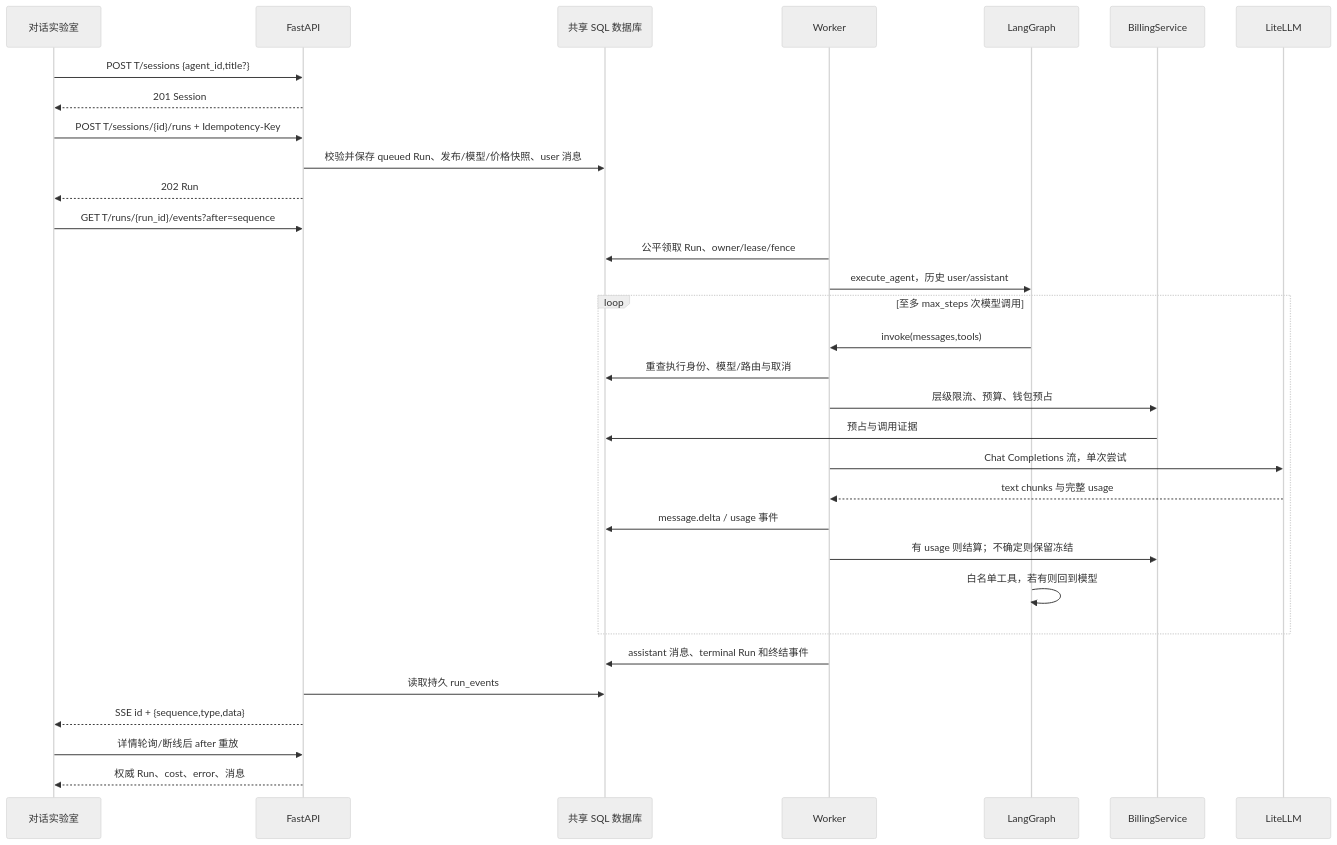
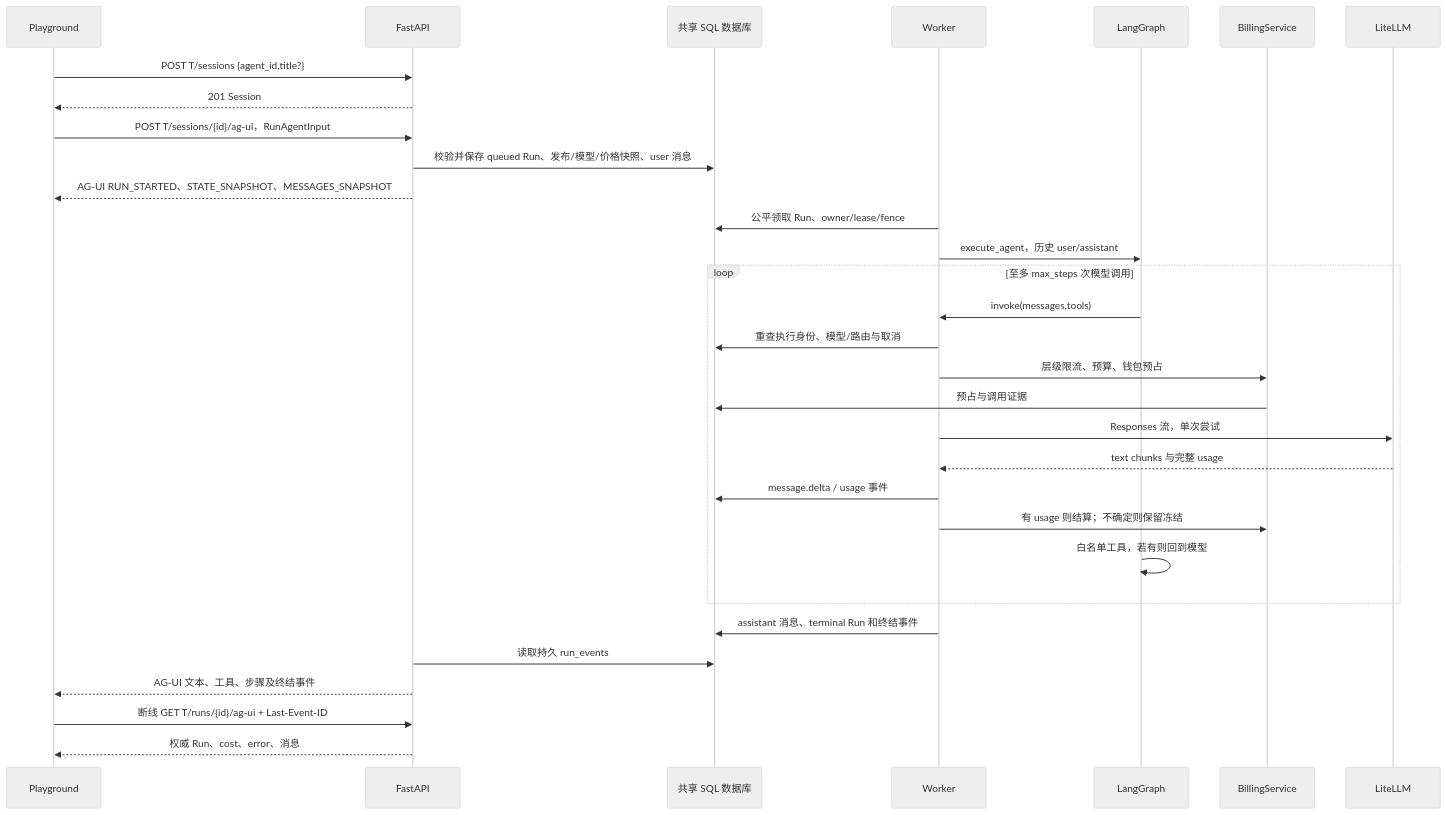
Before and after one commit to GHjiejie/Z: the third of 5 diagrams in agent_platform/docs/frontend-functional-spec.md, drawn with Mermaid (neutral theme). The commit also changed other lines of this file and 54 other files, not shown here.

First line of the commit message:
feat(agent-platform): adopt AG-UI and refresh Playground

````diff
--- a/agent_platform/docs/frontend-functional-spec.md
+++ b/agent_platform/docs/frontend-functional-spec.md
@@ -126,34 +126,33 @@
 ```mermaid
 sequenceDiagram
-    participant UI as 对话实验室
+    participant UI as Playground
     participant API as FastAPI
     participant DB as 共享 SQL 数据库
     participant W as Worker
     participant G as LangGraph
     participant B as BillingService
     participant L as LiteLLM
     UI->>API: POST T/sessions {agent_id,title?}
     API-->>UI: 201 Session
-    UI->>API: POST T/sessions/{id}/runs + Idempotency-Key
+    UI->>API: POST T/sessions/{id}/ag-ui，RunAgentInput
     API->>DB: 校验并保存 queued Run、发布/模型/价格快照、user 消息
-    API-->>UI: 202 Run
-    UI->>API: GET T/runs/{run_id}/events?after=sequence
+    API-->>UI: AG-UI RUN_STARTED、STATE_SNAPSHOT、MESSAGES_SNAPSHOT
     W->>DB: 公平领取 Run、owner/lease/fence
     W->>G: execute_agent，历史 user/assistant
     loop 至多 max_steps 次模型调用
         G->>W: invoke(messages,tools)
         W->>DB: 重查执行身份、模型/路由与取消
         W->>B: 层级限流、预算、钱包预占
         B->>DB: 预占与调用证据
-        W->>L: Chat Completions 流，单次尝试
+        W->>L: Responses 流，单次尝试
         L-->>W: text chunks 与完整 usage
         W->>DB: message.delta / usage 事件
         W->>B: 有 usage 则结算；不确定则保留冻结
         G->>G: 白名单工具，若有则回到模型
     end
     W->>DB: assistant 消息、terminal Run 和终结事件
     API->>DB: 读取持久 run_events
-    API-->>UI: SSE id + {sequence,type,data}
-    UI->>API: 详情轮询/断线后 after 重放
+    API-->>UI: AG-UI 文本、工具、步骤及终结事件
+    UI->>API: 断线 GET T/runs/{id}/ag-ui + Last-Event-ID
     API-->>UI: 权威 Run、cost、error、消息
 ```
````
